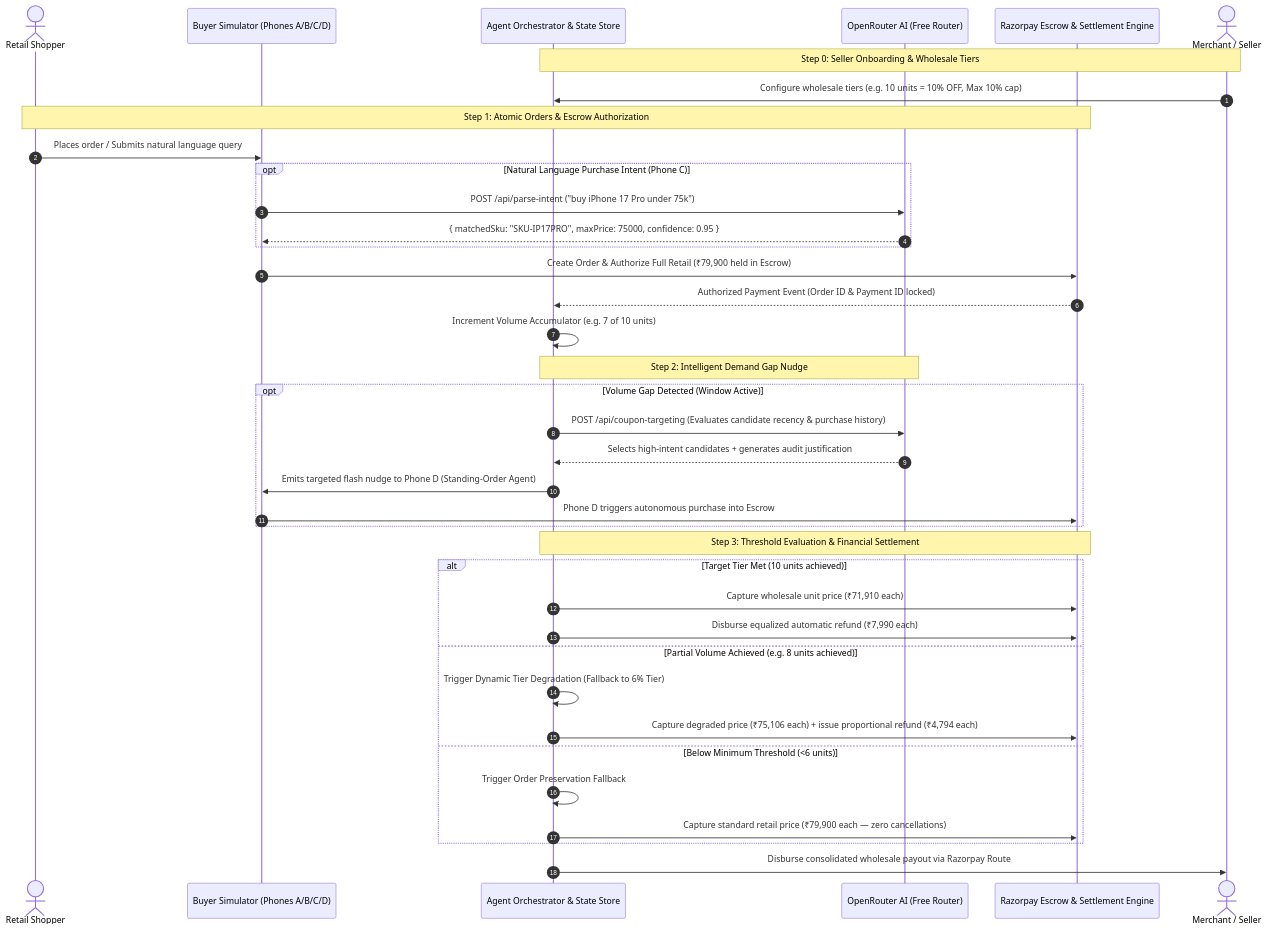
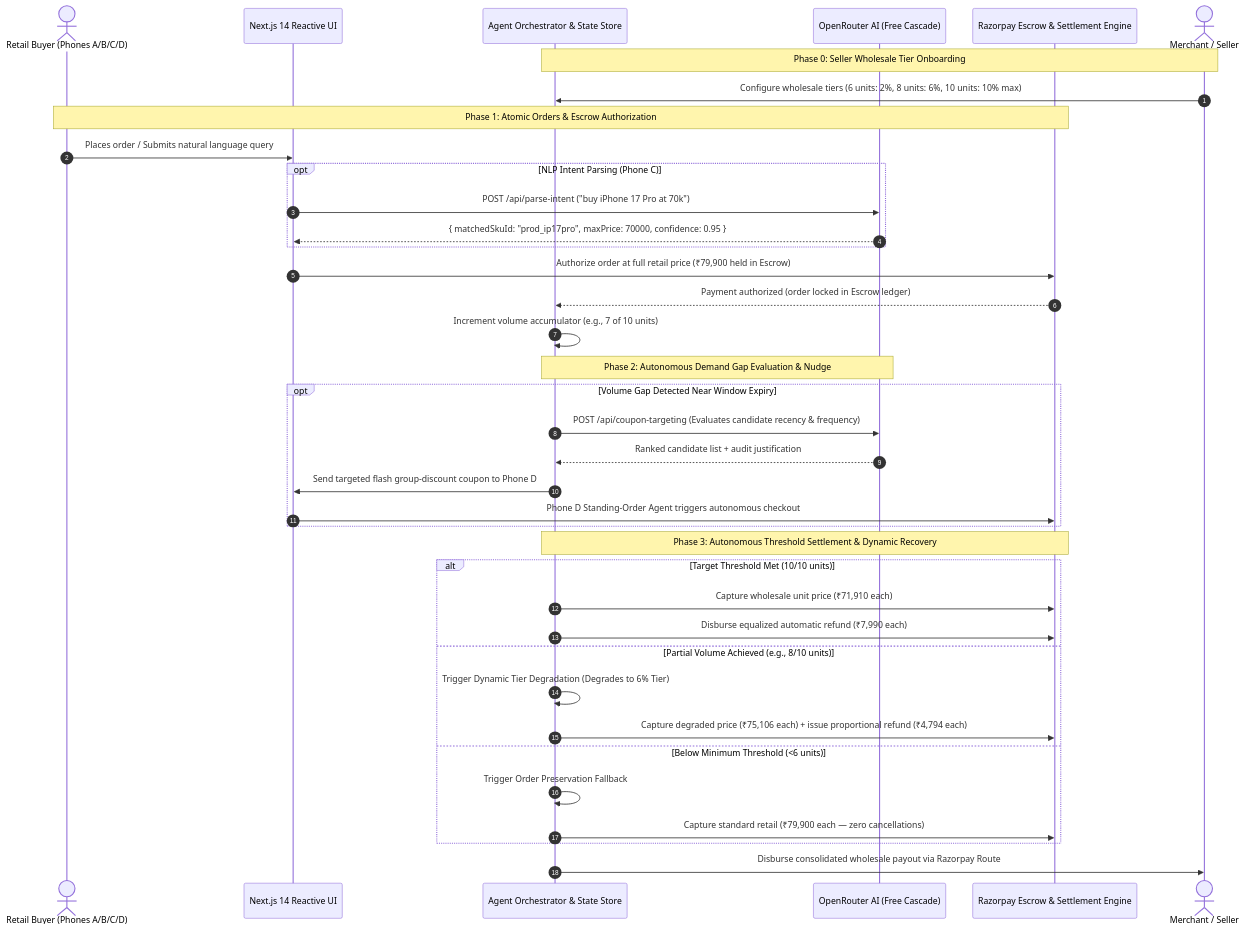
One commit to Sukumar-Manivel/threshold-discount-agent changed the diagram in README.md. Above: the diagram before and after it, drawn with Mermaid. The commit also changed other lines of this file and 6 other files, not shown here.

Commit message:
feat: fix OpenRouter model cascade, eliminate serverless loopback, add phone viewport navigation, and align README with 4 rubric criteria

````diff
--- a/README.md
+++ b/README.md
@@ -186,44 +109,44 @@
 ```mermaid
 sequenceDiagram
     autonumber
-    actor Buyer as Retail Shopper
-    participant Client as Buyer Simulator (Phones A/B/C/D)
+    actor Buyer as Retail Buyer (Phones A/B/C/D)
+    participant Client as Next.js 14 Reactive UI
     participant Engine as Agent Orchestrator & State Store
-    participant OpenRouter as OpenRouter AI (Free Router)
+    participant OpenRouter as OpenRouter AI (Free Cascade)
     participant Razorpay as Razorpay Escrow & Settlement Engine
     actor Merchant as Merchant / Seller
 
-    Note over Merchant,Engine: Step 0: Seller Onboarding & Wholesale Tiers
-    Merchant->>Engine: Configure wholesale tiers (e.g. 10 units = 10% OFF, Max 10% cap)
+    Note over Merchant,Engine: Phase 0: Seller Wholesale Tier Onboarding
+    Merchant->>Engine: Configure wholesale tiers (6 units: 2%, 8 units: 6%, 10 units: 10% max)
 
-    Note over Buyer,Razorpay: Step 1: Atomic Orders & Escrow Authorization
+    Note over Buyer,Razorpay: Phase 1: Atomic Orders & Escrow Authorization
     Buyer->>Client: Places order / Submits natural language query
-    opt Natural Language Purchase Intent (Phone C)
-        Client->>OpenRouter: POST /api/parse-intent ("buy iPhone 17 Pro under 75k")
-        OpenRouter-->>Client: { matchedSku: "SKU-IP17PRO", maxPrice: 75000, confidence: 0.95 }
+    opt NLP Intent Parsing (Phone C)
+        Client->>OpenRouter: POST /api/parse-intent ("buy iPhone 17 Pro at 70k")
+        OpenRouter-->>Client: { matchedSkuId: "prod_ip17pro", maxPrice: 70000, confidence: 0.95 }
     end
-    Client->>Razorpay: Create Order & Authorize Full Retail (₹79,900 held in Escrow)
-    Razorpay-->>Engine: Authorized Payment Event (Order ID & Payment ID locked)
-    Engine->>Engine: Increment Volume Accumulator (e.g. 7 of 10 units)
+    Client->>Razorpay: Authorize order at full retail price (₹79,900 held in Escrow)
+    Razorpay-->>Engine: Payment authorized (order locked in Escrow ledger)
+    Engine->>Engine: Increment volume accumulator (e.g., 7 of 10 units)
 
-    Note over Engine,OpenRouter: Step 2: Intelligent Demand Gap Nudge
-    opt Volume Gap Detected (Window Active)
-        Engine->>OpenRouter: POST /api/coupon-targeting (Evaluates candidate recency & purchase history)
-        OpenRouter-->>Engine: Selects high-intent candidates + generates audit justification
-        Engine->>Client: Emits targeted flash nudge to Phone D (Standing-Order Agent)
-        Client->>Razorpay: Phone D triggers autonomous purchase into Escrow
+    Note over Engine,OpenRouter: Phase 2: Autonomous Demand Gap Evaluation & Nudge
+    opt Volume Gap Detected Near Window Expiry
+        Engine->>OpenRouter: POST /api/coupon-targeting (Evaluates candidate recency & frequency)
+        OpenRouter-->>Engine: Ranked candidate list + audit justification
+        Engine->>Client: Send targeted flash group-discount coupon to Phone D
+        Client->>Razorpay: Phone D Standing-Order Agent triggers autonomous checkout
     end
 
-    Note over Engine,Razorpay: Step 3: Threshold Evaluation & Financial Settlement
-    alt Target Tier Met (10 units achieved)
+    Note over Engine,Razorpay: Phase 3: Autonomous Threshold Settlement & Dynamic Recovery
+    alt Target Threshold Met (10/10 units)
         Engine->>Razorpay: Capture wholesale unit price (₹71,910 each)
         Engine->>Razorpay: Disburse equalized automatic refund (₹7,990 each)
-    else Partial Volume Achieved (e.g. 8 units achieved)
-        Engine->>Engine: Trigger Dynamic Tier Degradation (Fallback to 6% Tier)
+    else Partial Volume Achieved (e.g., 8/10 units)
+        Engine->>Engine: Trigger Dynamic Tier Degradation (Degrades to 6% Tier)
         Engine->>Razorpay: Capture degraded price (₹75,106 each) + issue proportional refund (₹4,794 each)
     else Below Minimum Threshold (<6 units)
         Engine->>Engine: Trigger Order Preservation Fallback
-        Engine->>Razorpay: Capture standard retail price (₹79,900 each — zero cancellations)
+        Engine->>Razorpay: Capture standard retail (₹79,900 each — zero cancellations)
     end
     Engine->>Merchant: Disburse consolidated wholesale payout via Razorpay Route
 ```
````
